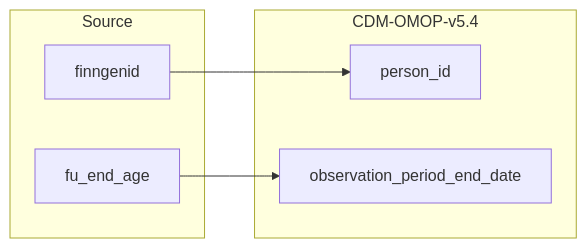
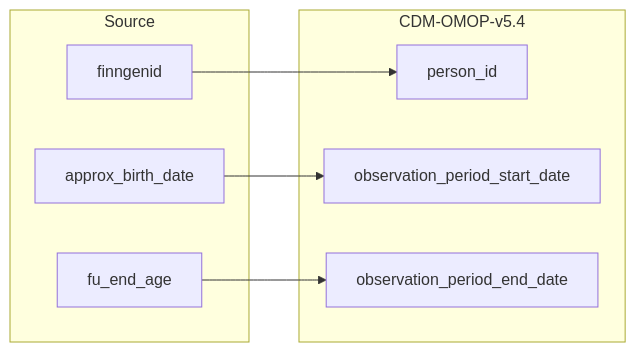
One commit to FINNGEN/ETL changed the diagram in 2_etl_specifications/documentation/observation_period.md. Above: the diagram before and after it, drawn with Mermaid. The commit also changed other lines of this file and 7 other files, not shown here.

Commit message:
modified peson and observation period

````diff
--- a/2_etl_specifications/documentation/observation_period.md
+++ b/2_etl_specifications/documentation/observation_period.md
@@ -5,15 +5,18 @@
 ```mermaid
 flowchart LR
     subgraph Source
         finngenid
+        approx_birth_date
         fu_end_age
     end
 
     subgraph CDM-OMOP-v5.4
         person_id
+        observation_period_start_date
         observation_period_end_date
     end
 
     finngenid-->person_id
+    approx_birth_date-->observation_period_start_date
     fu_end_age-->observation_period_end_date
 ```
````
